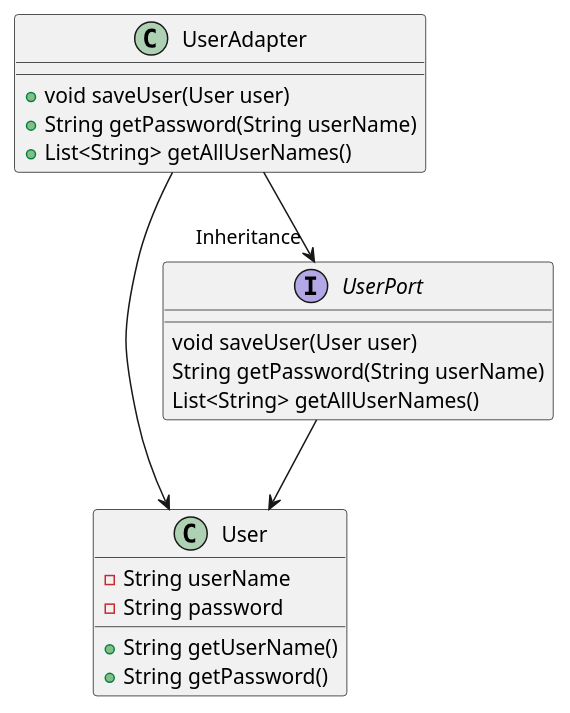
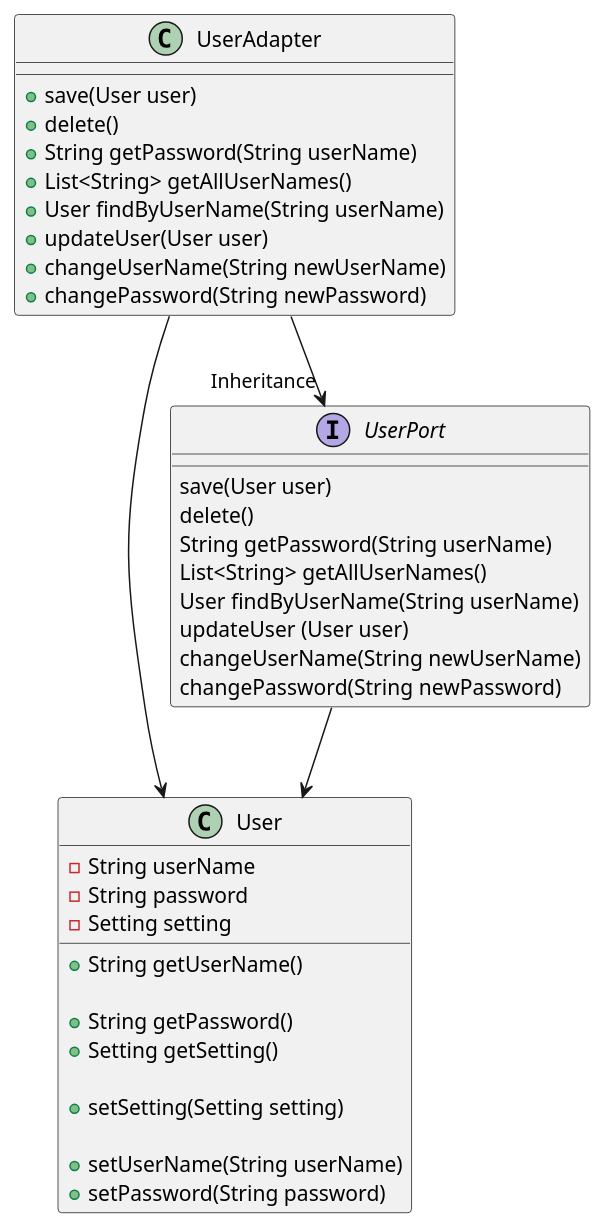
One commit to mohjohfox/cli-sudoku changed the diagram in uml/dependency_rule/dependency_rule_1.puml. Above: the diagram before and after it, drawn with PlantUML. The commit also changed 15 other files, not shown here.

```diff
--- a/uml/dependency_rule/dependency_rule_1.puml
+++ b/uml/dependency_rule/dependency_rule_1.puml
@@ -1,24 +1,42 @@
 @startuml
 class User {
   - String userName
   - String password
+  - Setting setting
   + String getUserName()
-  + String getPassword()
+
+  + String getPassword() 
+  + Setting getSetting() 
+
+  + setSetting(Setting setting) 
+
+  + setUserName(String userName)
+  + setPassword(String password)
+}
+ 
+interface UserPort {
+   save(User user)
+   delete()
+   String getPassword(String userName)
+   List<String> getAllUserNames()
+   User findByUserName(String userName)
+   updateUser (User user)
+   changeUserName(String newUserName)
+   changePassword(String newPassword)
 }
 
-interface UserPort {
-   void saveUser(User user)
-   String getPassword(String userName)
-   List<String> getAllUserNames()
-}
-
-class UserAdapter {
-   + void saveUser(User user)
-   + String getPassword(String userName)
-   + List<String> getAllUserNames()
+class UserAdapter{
++save(User user)
++delete()
++String getPassword(String userName)
++List<String> getAllUserNames()
++User findByUserName(String userName)
++updateUser(User user)
++changeUserName(String newUserName)
++changePassword(String newPassword)
 }
 
 UserAdapter--> "Inheritance" UserPort
 UserAdapter-->User
 UserPort-->User
 @enduml
```
